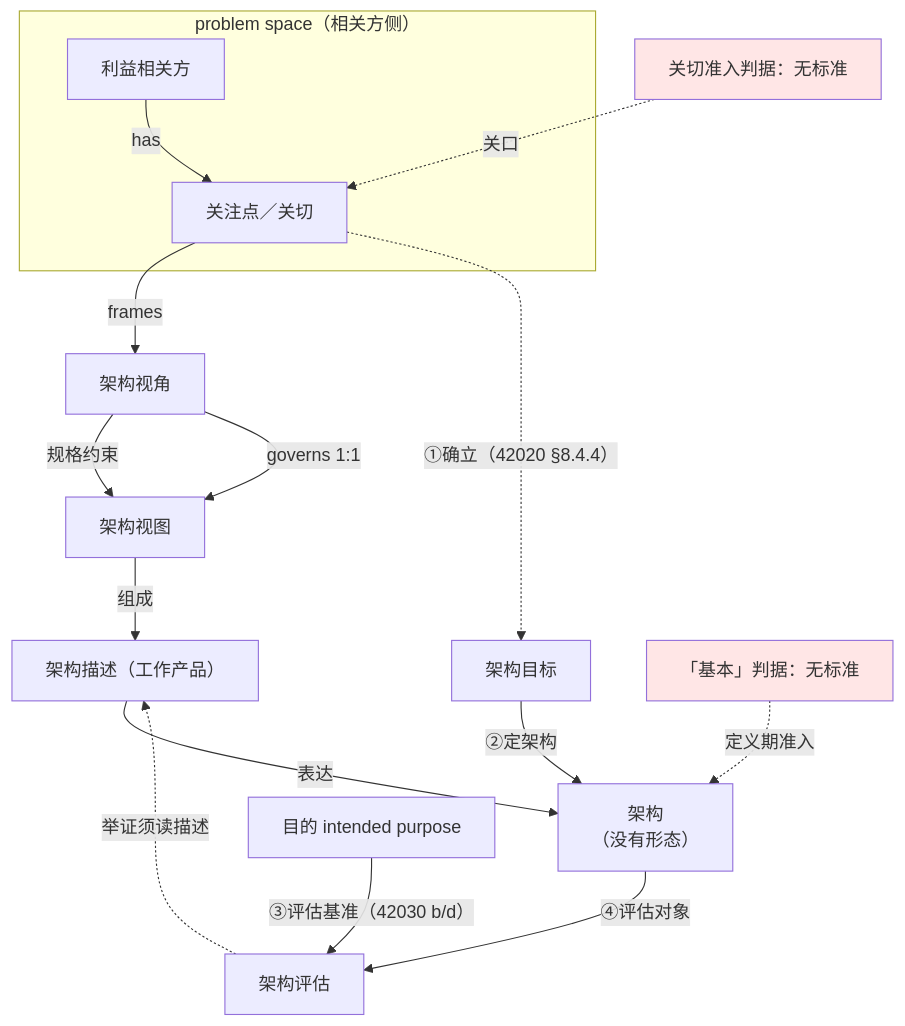
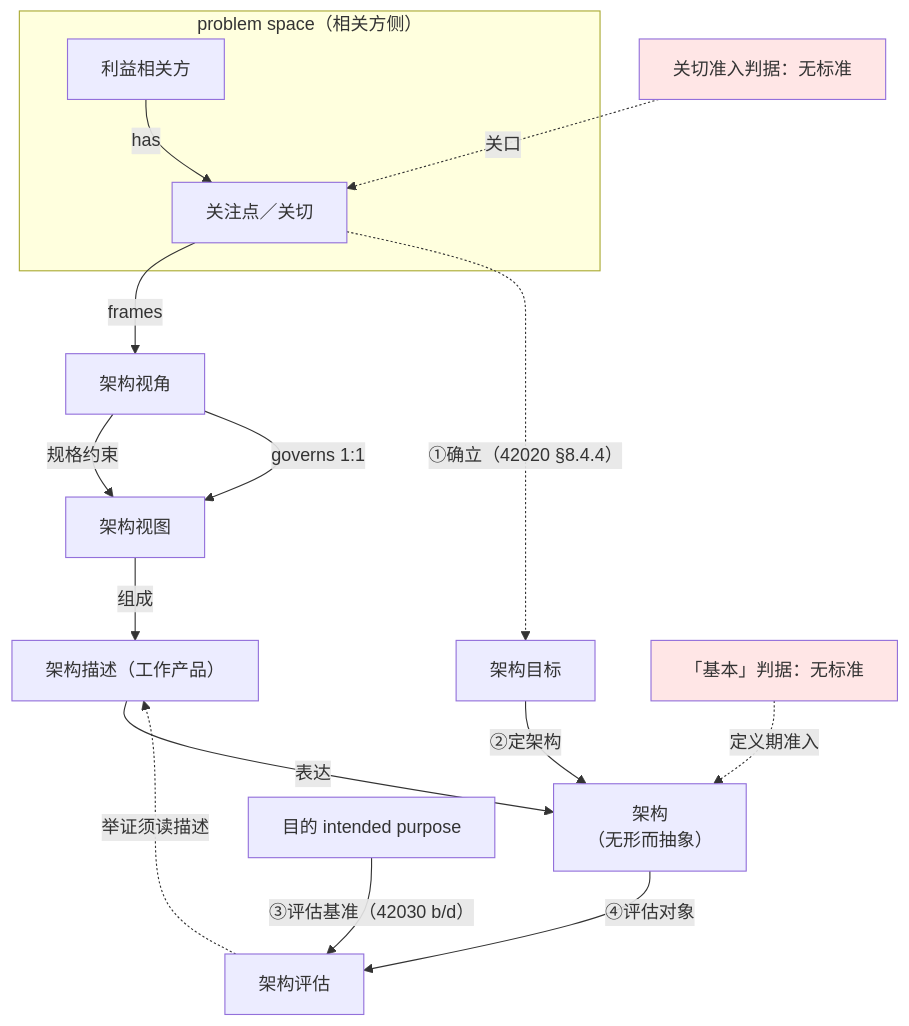
One commit to Yongjunzhou/AOS-system-design changed the first of 3 diagrams in 100-subprojects/01-系统工程研究/00-系统工程相关研究报告/32-架构视角与关切判据研究报告-从视角集到关切裁决.md. Above: the diagram before and after it, drawn with Mermaid. The commit also changed other lines of this file and 45 other files, not shown here.

````diff
--- a/100-subprojects/01-系统工程研究/00-系统工程相关研究报告/32-架构视角与关切判据研究报告-从视角集到关切裁决.md
+++ b/100-subprojects/01-系统工程研究/00-系统工程相关研究报告/32-架构视角与关切判据研究报告-从视角集到关切裁决.md
@@ -60,20 +60,20 @@
 ```mermaid
 flowchart TB
     subgraph P["problem space（相关方侧）"]
         SH["利益相关方"] -->|"has"| C["关注点／关切"]
     end
     C -->|"frames"| VP["架构视角"]
     VP -->|"规格约束"| V["架构视图"]
     VP -->|"governs 1:1"| V
     V -->|"组成"| AD["架构描述（工作产品）"]
-    AD -->|"表达"| A["架构<br/>（没有形态）"]
+    AD -->|"表达"| A["架构<br/>（无形而抽象）"]
     C -.->|"①确立（42020 §8.4.4）"| O["架构目标"]
     O -->|"②定架构"| A
     PP["目的 intended purpose"] -->|"③评估基准（42030 b/d）"| EV["架构评估"]
     A -->|"④评估对象"| EV
     EV -.->|"举证须读描述"| AD
     N1["「基本」判据：无标准"] -.->|"定义期准入"| A
     N2["关切准入判据：无标准"] -.->|"关口"| C
     style N1 fill:#ffe6e6
     style N2 fill:#ffe6e6
 ```
````
